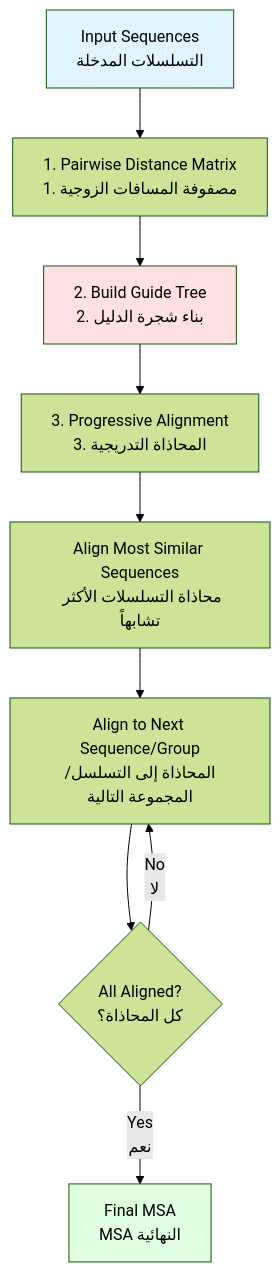
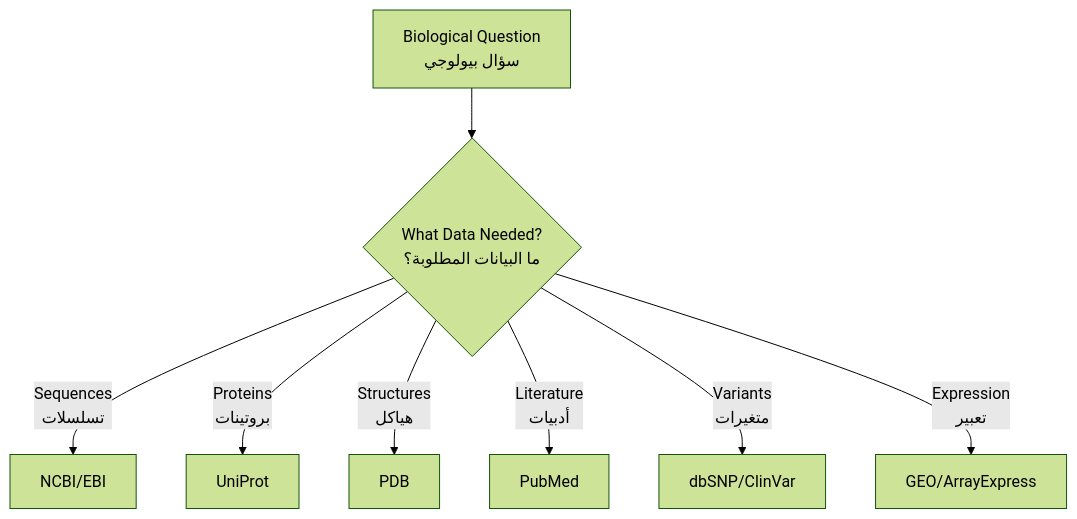
One commit to alarawms/site changed the diagram in docs/courses/foundation-of-bioinformatics/module-4.md. Above: the diagram before and after it, drawn with Mermaid (forest theme). The commit also changed other lines of this file and 6 other files, not shown here.

````diff
--- a/docs/courses/foundation-of-bioinformatics/module-4.md
+++ b/docs/courses/foundation-of-bioinformatics/module-4.md
@@ -669,15 +40,10 @@
 ```mermaid
-graph TB
-    A["Input Sequences<br/>التسلسلات المدخلة"] --> B["1. Pairwise Distance Matrix<br/>1. مصفوفة المسافات الزوجية"]
-    B --> C["2. Build Guide Tree<br/>2. بناء شجرة الدليل"]
-    C --> D["3. Progressive Alignment<br/>3. المحاذاة التدريجية"]
-    D --> E["Align Most Similar Sequences<br/>محاذاة التسلسلات الأكثر تشابهاً"]
-    E --> F["Align to Next Sequence/Group<br/>المحاذاة إلى التسلسل/المجموعة التالية"]
-    F --> G{"All Aligned?<br/>كل المحاذاة؟"}
-    G -->|"No<br/>لا"| F
-    G -->|"Yes<br/>نعم"| H["Final MSA<br/>MSA النهائية"]
-
-    style A fill:#e1f5ff
-    style C fill:#ffe1e1
-    style H fill:#e1ffe1
+graph TD
+    A["Biological Question<br/>سؤال بيولوجي"] --> B{"What Data Needed?<br/>ما البيانات المطلوبة؟"}
+    B -->|"Sequences<br/>تسلسلات"| C["NCBI/EBI"]
+    B -->|"Proteins<br/>بروتينات"| D["UniProt"]
+    B -->|"Structures<br/>هياكل"| E["PDB"]
+    B -->|"Literature<br/>أدبيات"| F["PubMed"]
+    B -->|"Variants<br/>متغيرات"| G["dbSNP/ClinVar"]
+    B -->|"Expression<br/>تعبير"| H["GEO/ArrayExpress"]
 ```
````
